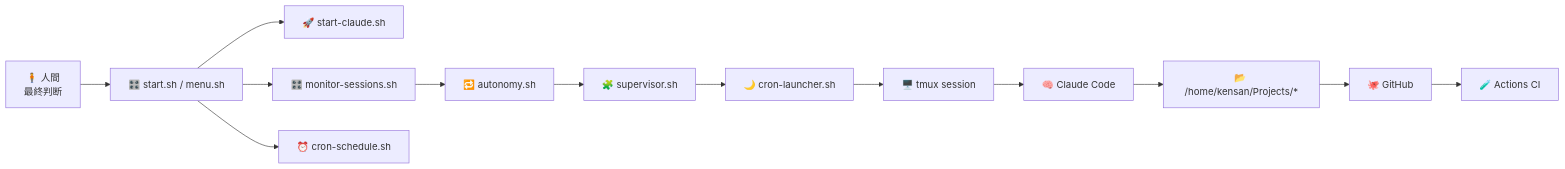
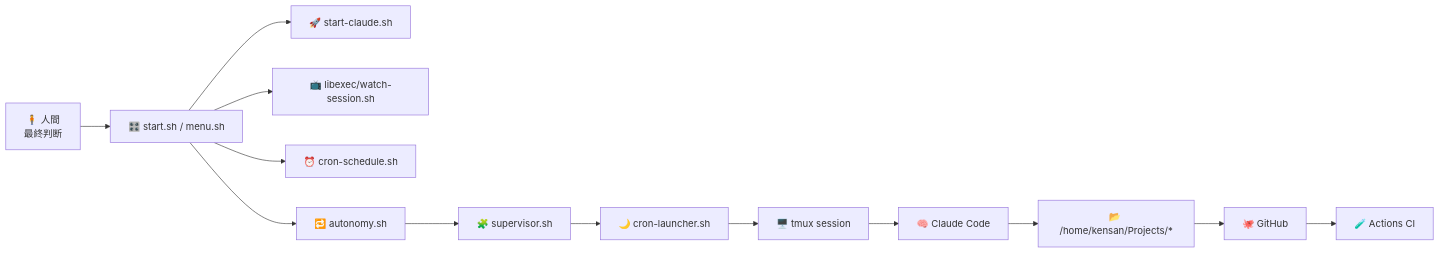
The first of 5 diagrams in README.md (Kensan196948G/Claude-StartUpTools-New-Linux), drawn with Mermaid before and after one commit. The commit also changed other lines of this file and 30 other files, not shown here.

````diff
--- a/README.md
+++ b/README.md
@@ -30,15 +30,15 @@
 ```mermaid
 flowchart LR
   User[🧍 人間<br/>最終判断] --> Menu[🎛️ start.sh / menu.sh]
   Menu --> Start[🚀 start-claude.sh]
-  Menu --> Monitor[🎛️ monitor-sessions.sh]
+  Menu --> Watch[📺 libexec/watch-session.sh]
   Menu --> Cron[⏰ cron-schedule.sh]
-  Monitor --> Autonomy[🔁 autonomy.sh]
+  Menu --> Autonomy[🔁 autonomy.sh]
   Autonomy --> Supervisor[🧩 supervisor.sh]
   Supervisor --> Launcher[🌙 cron-launcher.sh]
   Launcher --> Tmux[🖥️ tmux session]
   Tmux --> Claude[🧠 Claude Code]
   Claude --> Project[📂 /home/kensan/Projects/*]
   Project --> GitHub[🐙 GitHub]
   GitHub --> CI[🧪 Actions CI]
 ```
````
